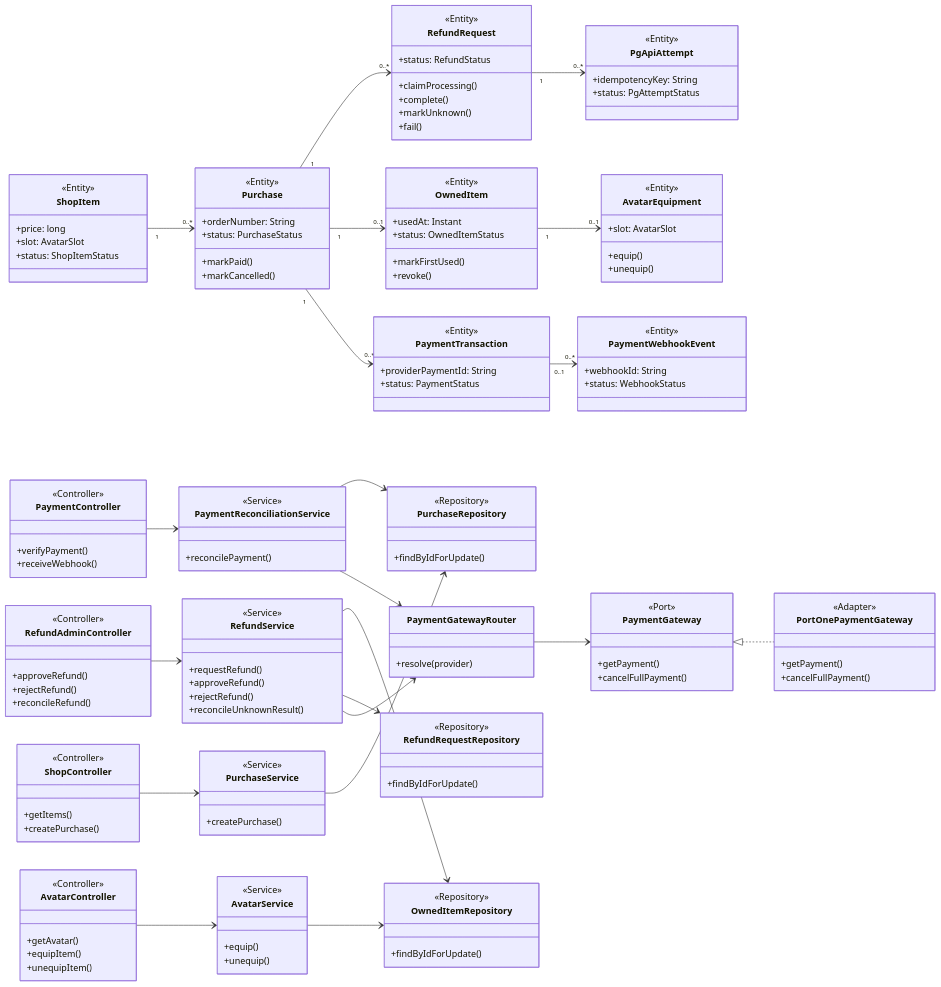
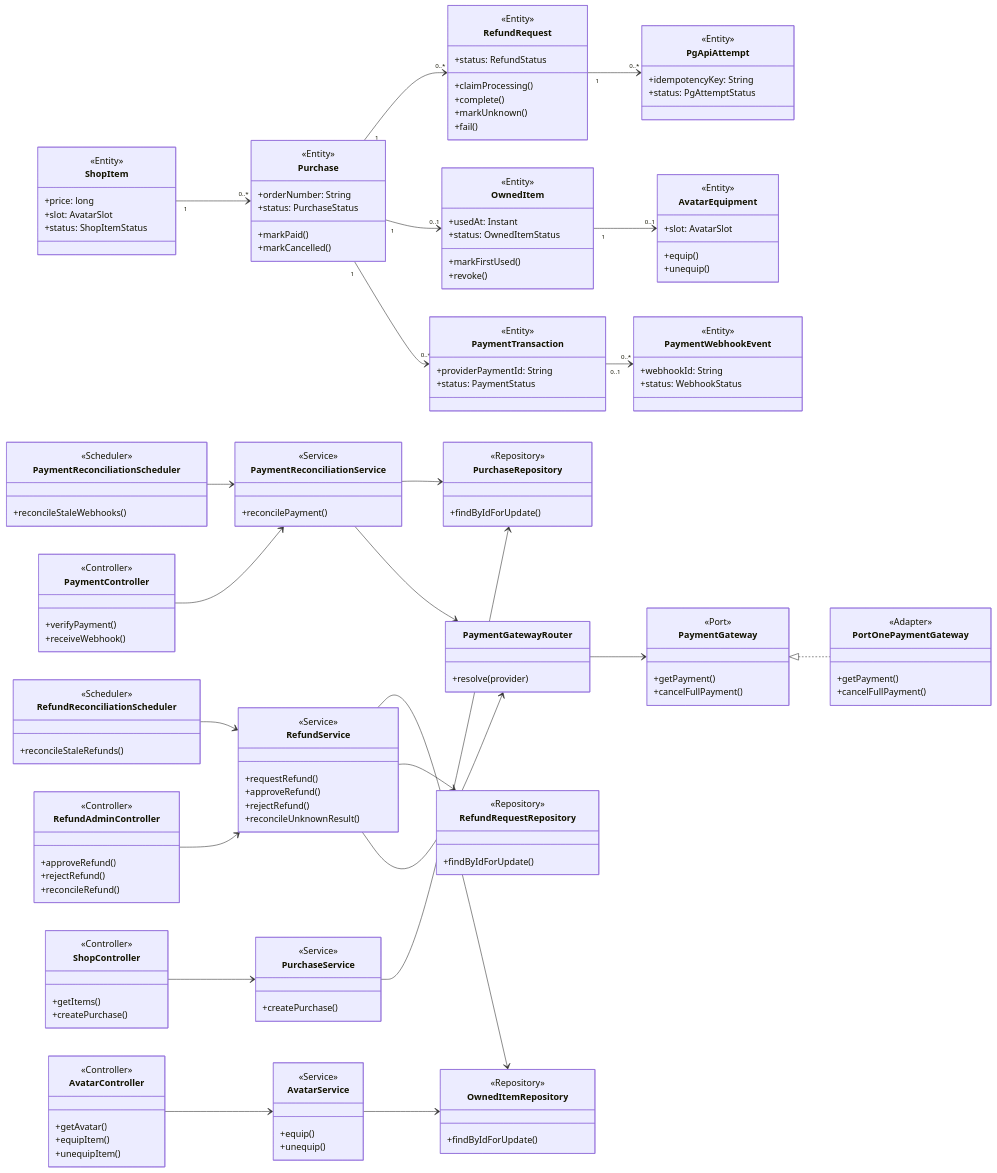
The third of 4 diagrams in docs/class-diagram.md (heebaek200/shared-creature-game), drawn with Mermaid before and after one commit. The commit also changed other lines of this file and 11 other files, not shown here.

```diff
--- a/docs/class-diagram.md
+++ b/docs/class-diagram.md
@@ -403,6 +410,14 @@
         +approveRefund()
         +rejectRefund()
         +reconcileUnknownResult()
+    }
+    class RefundReconciliationScheduler {
+        <<Scheduler>>
+        +reconcileStaleRefunds()
+    }
+    class PaymentReconciliationScheduler {
+        <<Scheduler>>
+        +reconcileStaleWebhooks()
     }
     class PaymentGateway {
         <<Port>>
@@ -483,6 +498,8 @@
     PaymentController --> PaymentReconciliationService
     AvatarController --> AvatarService
     RefundAdminController --> RefundService
+    RefundReconciliationScheduler --> RefundService
+    PaymentReconciliationScheduler --> PaymentReconciliationService
     PurchaseService --> PurchaseRepository
     PaymentReconciliationService --> PaymentGatewayRouter
     PaymentReconciliationService --> PurchaseRepository
```
